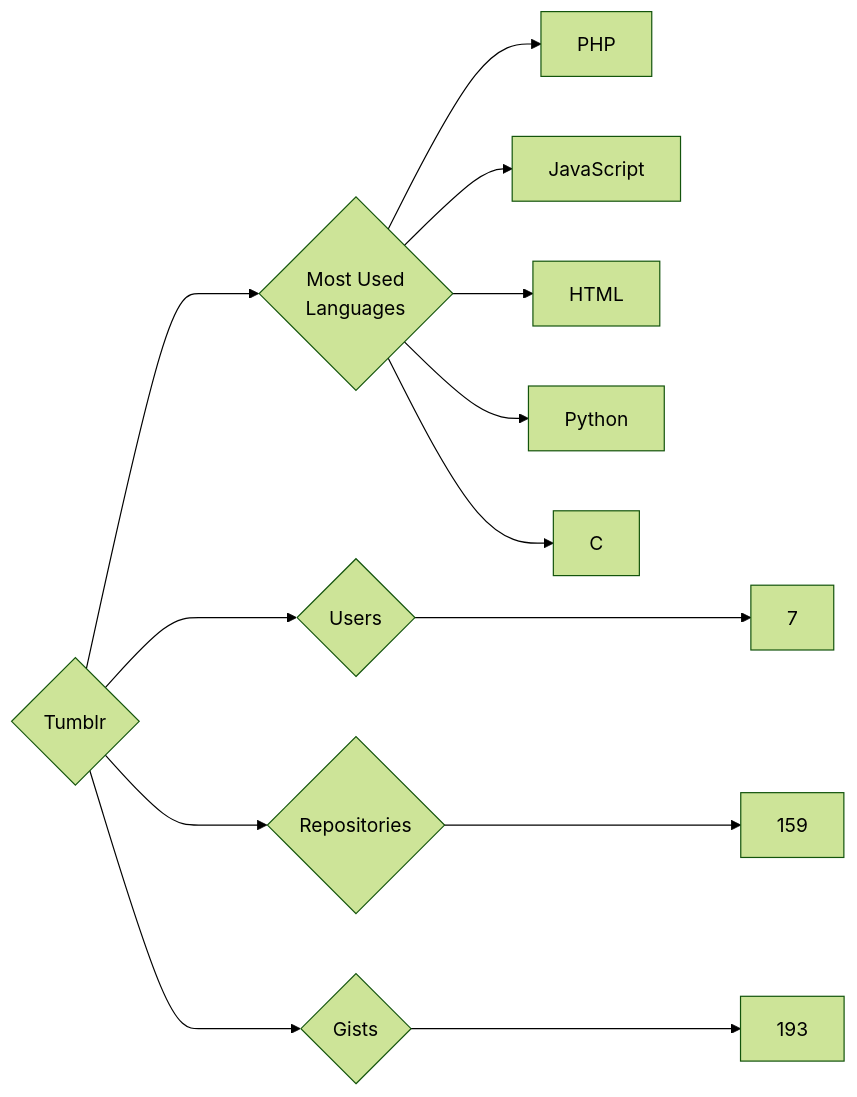
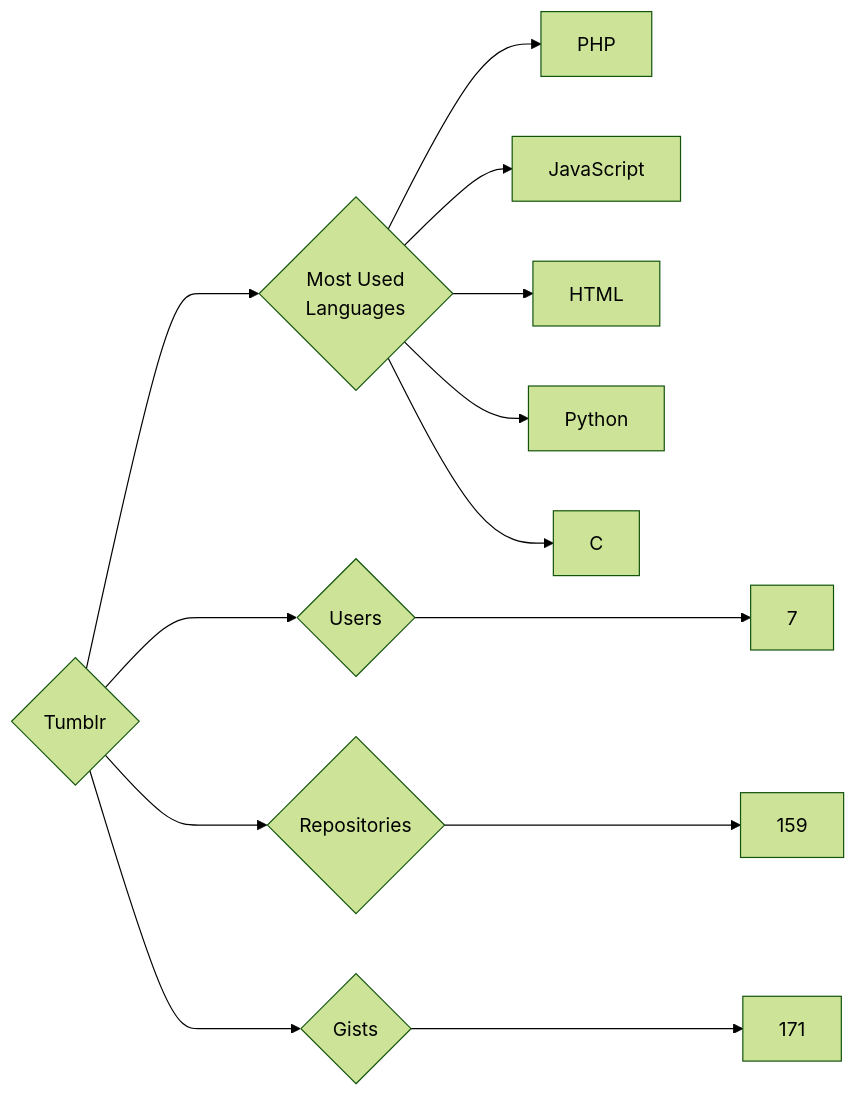
Before and after one commit to trickest/insiders: the diagram in targets/Tumblr/README.md, drawn with Mermaid (forest theme). The commit also changed 833 other files, not shown here.

````diff
--- a/targets/Tumblr/README.md
+++ b/targets/Tumblr/README.md
@@ -3,13 +3,13 @@
 ```mermaid
 graph LR
 COMPANY_NAME{Tumblr}
 COMPANY_NAME ---> U{Users} ---> UN[7]
 COMPANY_NAME ---> R{Repositories} ---> RN[159]
-COMPANY_NAME ---> G{Gists} ---> GN[193]
+COMPANY_NAME ---> G{Gists} ---> GN[171]
 COMPANY_NAME ---> ML{Most Used<br>Languages}
 ML --> PHP[PHP]
 ML --> JavaScript[JavaScript]
 ML --> HTML[HTML]
 ML --> Python[Python]
 ML --> C[C]
 ```
````
